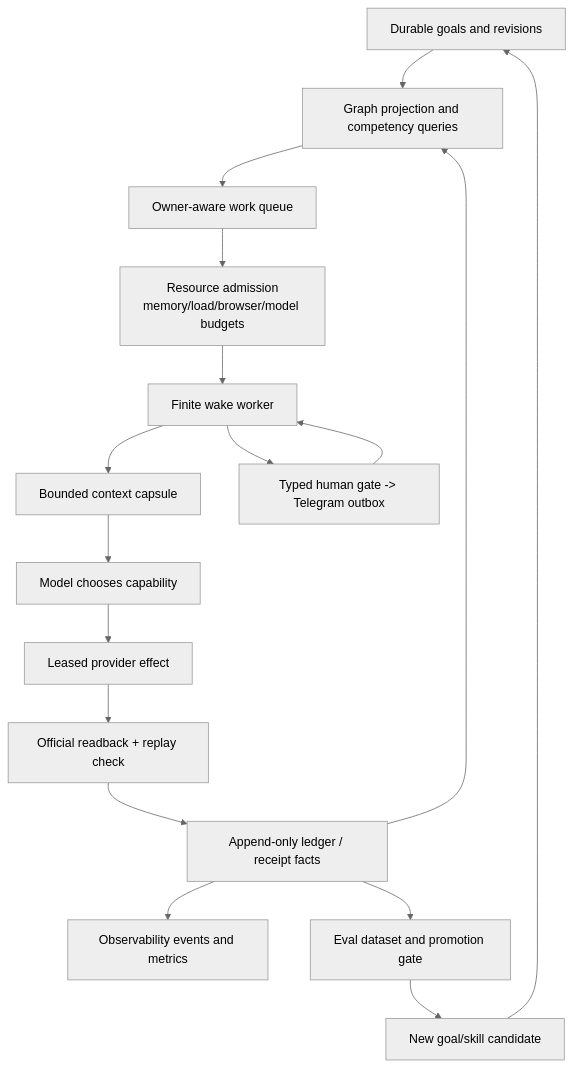
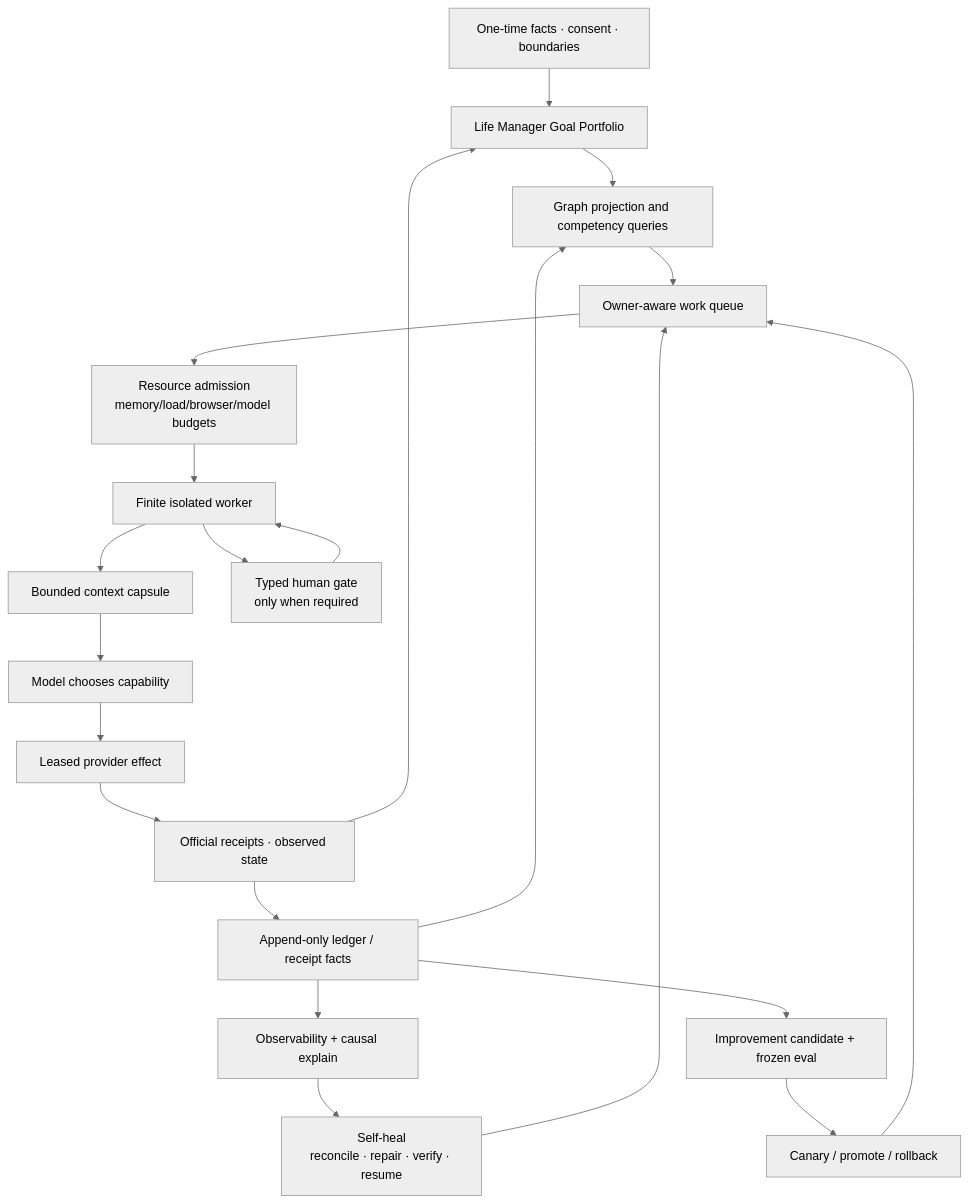
One commit to Daisuke134/life-manager changed the seventh of 7 diagrams in docs/superpowers/specs/2026-09-15-life-manager-agent-architecture-refinement.md. Above: the diagram before and after it, drawn with Mermaid (neutral theme). The commit also changed other lines of this file and 1 other file, not shown here.

Commit message:
docs: define cloud-first life manager contract

````diff
--- a/docs/superpowers/specs/2026-09-15-life-manager-agent-architecture-refinement.md
+++ b/docs/superpowers/specs/2026-09-15-life-manager-agent-architecture-refinement.md
@@ -2640,19 +2776,23 @@
 ```mermaid
 flowchart TD
-    G[Durable goals and revisions] --> P[Graph projection and competency queries]
+    F[One-time facts · consent · boundaries] --> G[Life Manager Goal Portfolio]
+    R[Official receipts · observed state] --> G
+    G --> P[Graph projection and competency queries]
     P --> Q[Owner-aware work queue]
     Q --> A[Resource admission<br/>memory/load/browser/model budgets]
-    A --> W[Finite wake worker]
+    A --> W[Finite isolated worker]
     W --> C[Bounded context capsule]
     C --> M[Model chooses capability]
     M --> X[Leased provider effect]
-    X --> R[Official readback + replay check]
+    X --> R
     R --> L[Append-only ledger / receipt facts]
     L --> P
-    L --> O[Observability events and metrics]
-    L --> E[Eval dataset and promotion gate]
-    W --> H[Typed human gate -> Telegram outbox]
-    H --> W
-    E --> N[New goal/skill candidate]
-    N --> G
+    L --> O[Observability + causal explain]
+    O --> H[Self-heal<br/>reconcile · repair · verify · resume]
+    H --> Q
+    L --> E[Improvement candidate + frozen eval]
+    E --> N[Canary / promote / rollback]
+    N --> Q
+    W --> T[Typed human gate<br/>only when required]
+    T --> W
 ```
````
